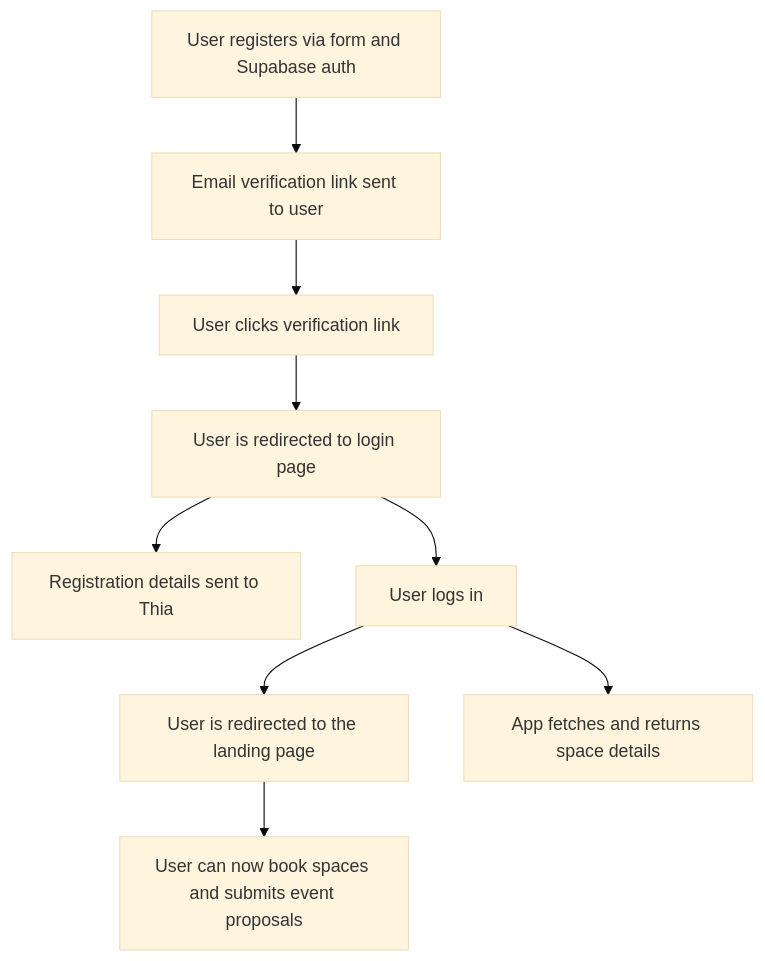
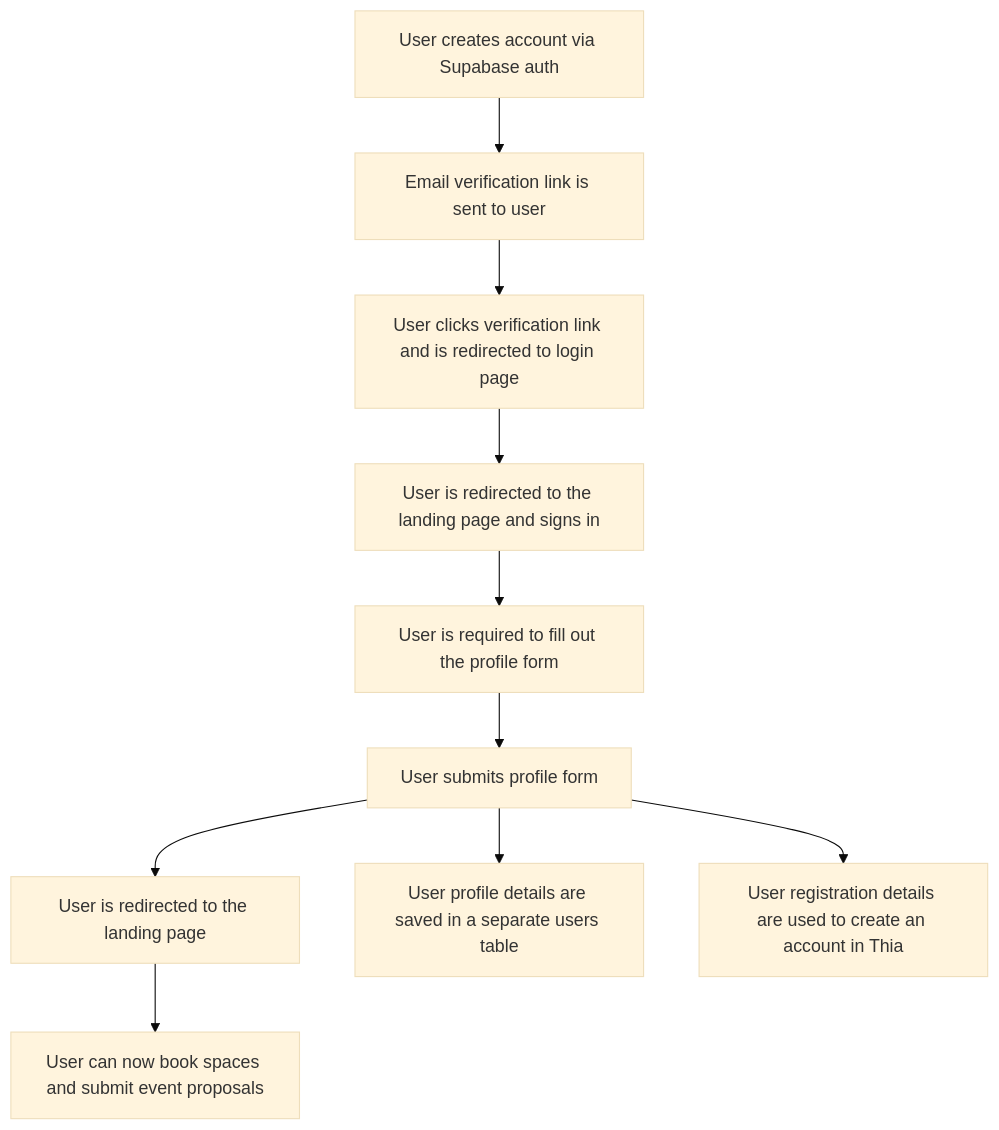
Before and after one commit to How-To-Web-dev/builders-house-hackathon: the first of 3 diagrams in README.md, drawn with Mermaid (base theme). The commit also changed other lines of this file and 2 other files, not shown here.

Commit message:
add landing page copy guide and update readme and thia docs

````diff
--- a/README.md
+++ b/README.md
@@ -83,11 +96,12 @@
 ```mermaid
 graph TD
-    A[User registers via form and Supabase auth] --> B[Email verification link sent to user]
-    B --> C[User clicks verification link]
-    C --> D[User is redirected to login page]
-    D --> X[Registration details sent to Thia]
-    D --> E[User logs in]
-    E --> F[User is redirected to the landing page]
-    F --> G[User can now book spaces and submits event proposals]
-    E --> Y[App fetches and returns space details]
+    A[User creates account via Supabase auth] --> B[Email verification link is sent to user]
+    B --> C[User clicks verification link and is redirected to login page]
+    C --> D[User is redirected to the landing page and signs in]
+    D --> E[User is required to fill out the profile form]
+    E --> F[User submits profile form]
+    F --> G[User is redirected to the landing page]
+    G --> H[User can now book spaces and submit event proposals]
+    F --> X[User profile details are saved in a separate users table]
+    F --> Y[User registration details are used to create an account in Thia]
 ```
````
